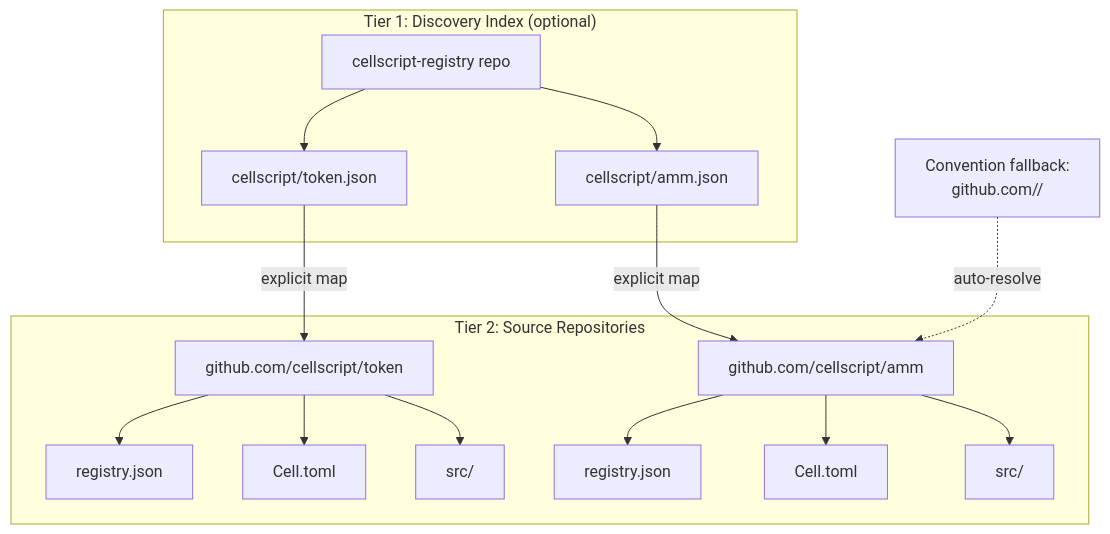
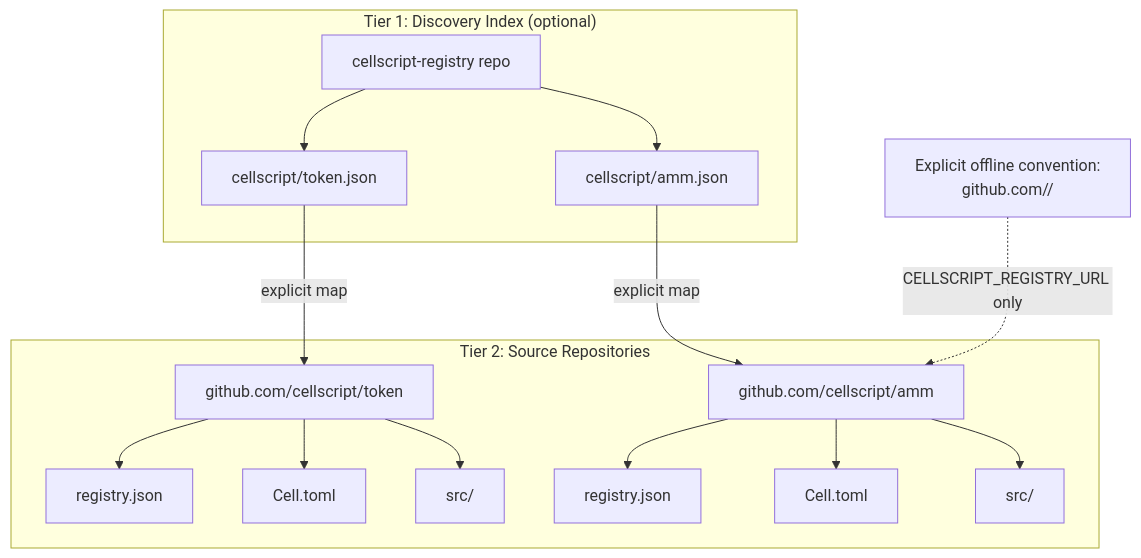
The second of 5 diagrams in docs/CELLSCRIPT_REGISTRY_PHASE1.md (CellScript-Labs/CellScript), drawn with Mermaid before and after one commit. The commit also changed other lines of this file and 32 other files, not shown here.

````diff
--- a/docs/CELLSCRIPT_REGISTRY_PHASE1.md
+++ b/docs/CELLSCRIPT_REGISTRY_PHASE1.md
@@ -88,23 +97,23 @@
 ```mermaid
 graph TB
     subgraph "Tier 1: Discovery Index (optional)"
         DI["cellscript-registry repo"]
         DI --> CS["cellscript/token.json"]
         DI --> CA["cellscript/amm.json"]
     end
 
     subgraph "Tier 2: Source Repositories"
         SR1["github.com/cellscript/token"]
         SR2["github.com/cellscript/amm"]
         SR1 --> RJ1["registry.json"]
         SR1 --> CT1["Cell.toml"]
         SR1 --> SRC1["src/"]
         SR2 --> RJ2["registry.json"]
         SR2 --> CT2["Cell.toml"]
         SR2 --> SRC2["src/"]
     end
 
     CS -->|"explicit map"| SR1
     CA -->|"explicit map"| SR2
-    CONV["Convention fallback:\ngithub.com/<ns>/<name>"] -.->|"auto-resolve"| SR2
+    CONV["Explicit offline convention:\ngithub.com/<ns>/<name>"] -.->|"CELLSCRIPT_REGISTRY_URL only"| SR2
 ```
````
